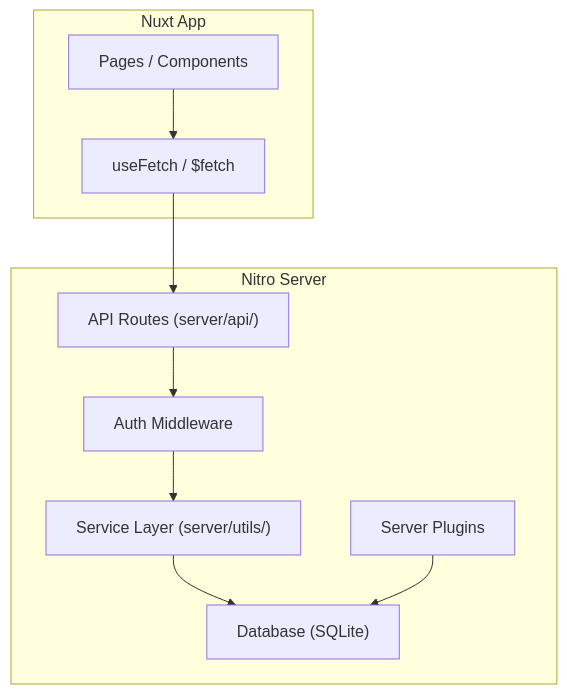
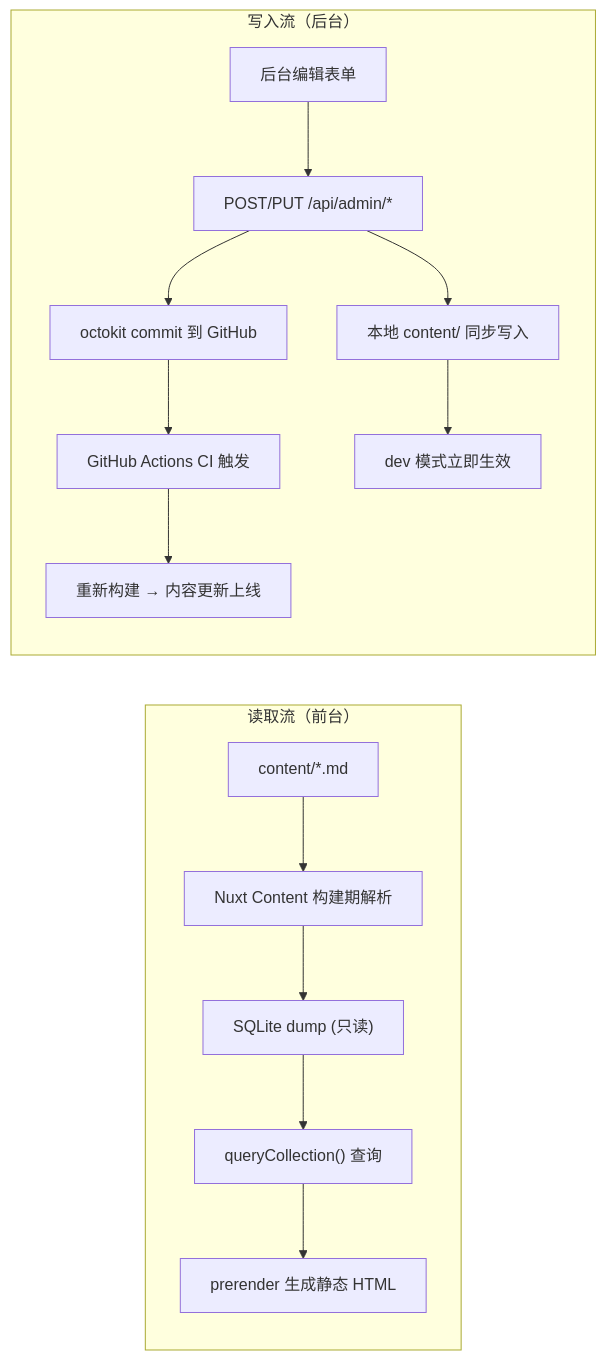
One commit to SonicMiso/kakinns-blog changed the second of 4 diagrams in .trae/documents/技术架构.md. Above: the diagram before and after it, drawn with Mermaid. The commit also changed other lines of this file and 4 other files, not shown here.

````diff
--- a/.trae/documents/技术架构.md
+++ b/.trae/documents/技术架构.md
@@ -369,14 +362,18 @@
 ```mermaid
-flowchart TD
-  subgraph "Nitro Server"
-    A["API Routes (server/api/)"] --> B["Auth Middleware"]
-    B --> C["Service Layer (server/utils/)"]
-    C --> D["Database (SQLite)"]
-    E["Server Plugins"] --> D
+flowchart LR
+  subgraph "读取流（前台）"
+    R1["content/*.md"] --> R2["Nuxt Content 构建期解析"]
+    R2 --> R3["SQLite dump (只读)"]
+    R3 --> R4["queryCollection() 查询"]
+    R4 --> R5["prerender 生成静态 HTML"]
   end
-  
-  subgraph "Nuxt App"
-    F["Pages / Components"] --> G["useFetch / $fetch"]
-    G --> A
+
+  subgraph "写入流（后台）"
+    W1["后台编辑表单"] --> W2["POST/PUT /api/admin/*"]
+    W2 --> W3["octokit commit 到 GitHub"]
+    W3 --> W4["GitHub Actions CI 触发"]
+    W4 --> W5["重新构建 → 内容更新上线"]
+    W2 --> W6["本地 content/ 同步写入"]
+    W6 --> W7["dev 模式立即生效"]
   end
 ```
````
